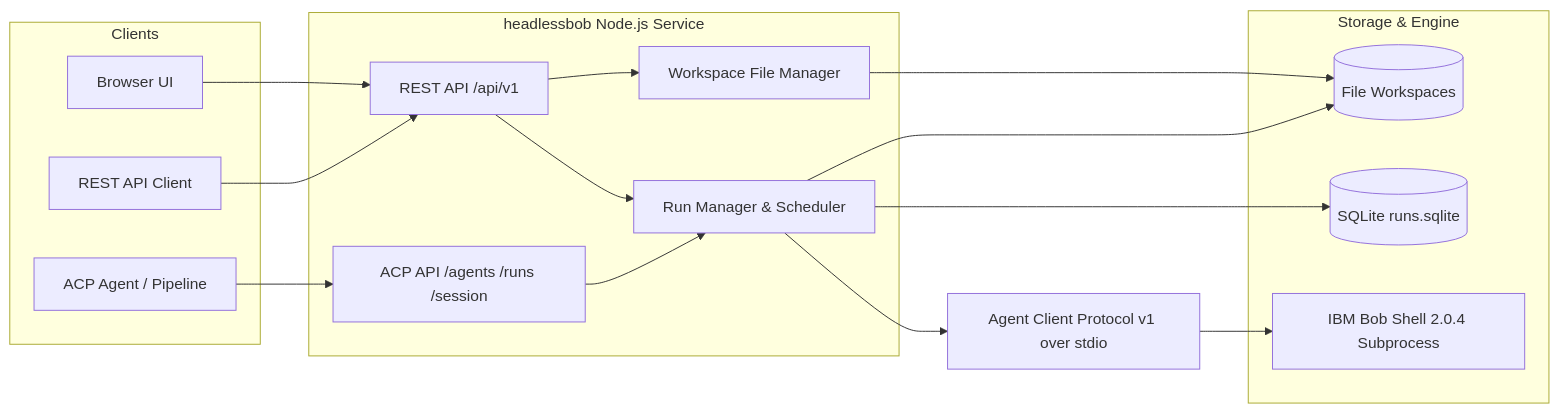
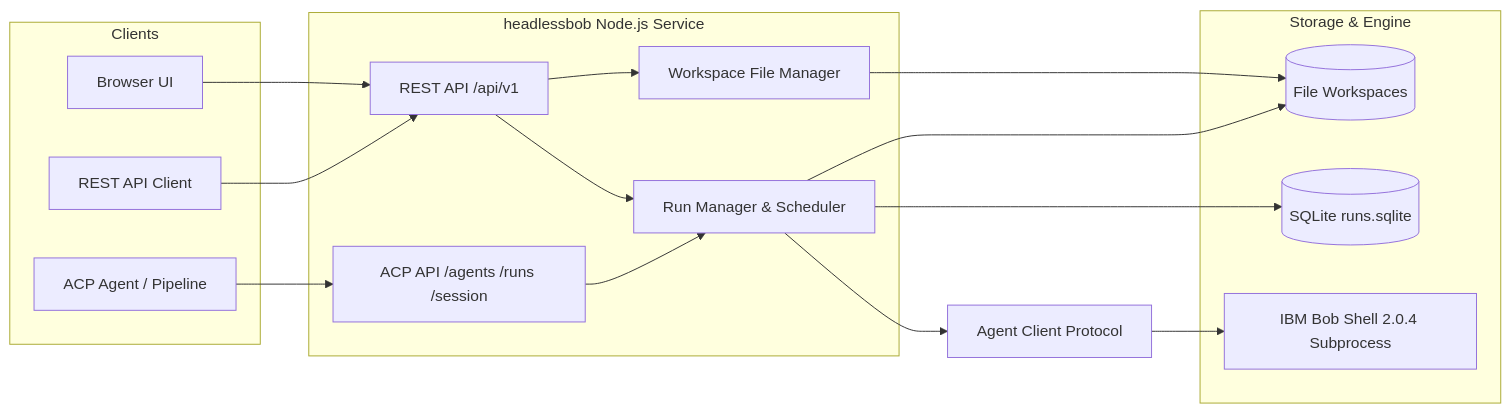
One commit to ibm-self-serve-assets/building-blocks changed the diagram in ai/ai-engineering/headless-bob/assets/headlessbob/README.md. Above: the diagram before and after it, drawn with Mermaid. The commit also changed other lines of this file and 3 other files, not shown here.

````diff
--- a/ai/ai-engineering/headless-bob/assets/headlessbob/README.md
+++ b/ai/ai-engineering/headless-bob/assets/headlessbob/README.md
@@ -15,33 +15,33 @@
 ```mermaid
 flowchart LR
     subgraph Clients
         UI[Browser UI]
         RESTClient[REST API Client]
         ACPClient[ACP Agent / Pipeline]
     end
 
     subgraph Service[headlessbob Node.js Service]
         REST[REST API /api/v1]
         ACP[ACP API /agents /runs /session]
         Manager[Run Manager & Scheduler]
         Files[Workspace File Manager]
     end
 
     subgraph Storage & Engine
         Store[(SQLite runs.sqlite)]
         Workspaces[(File Workspaces)]
         Bob[IBM Bob Shell 2.0.4 Subprocess]
     end
 
     UI --> REST
     RESTClient --> REST
     ACPClient --> ACP
     REST --> Manager
     ACP --> Manager
     REST --> Files
-    Manager --> ClientProtocol[Agent Client Protocol v1 over stdio]
+    Manager --> ClientProtocol[Agent Client Protocol]
     ClientProtocol --> Bob
     Manager --> Store
     Manager --> Workspaces
     Files --> Workspaces
 ```
````
